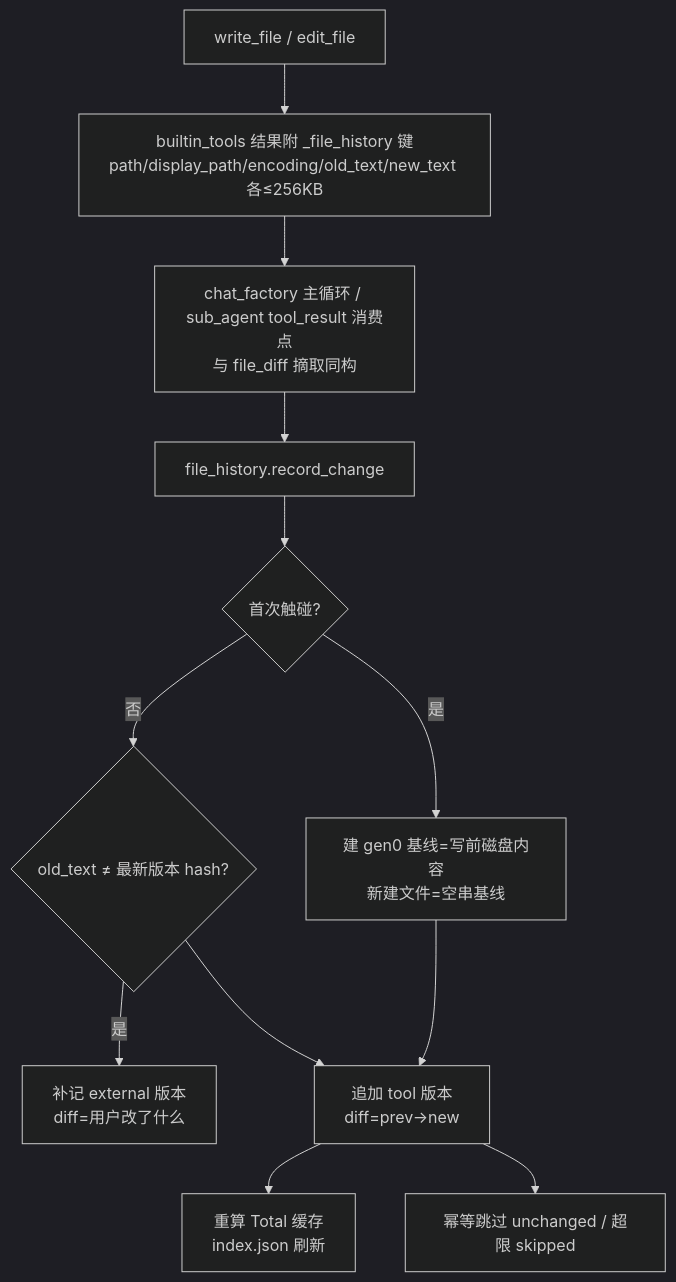
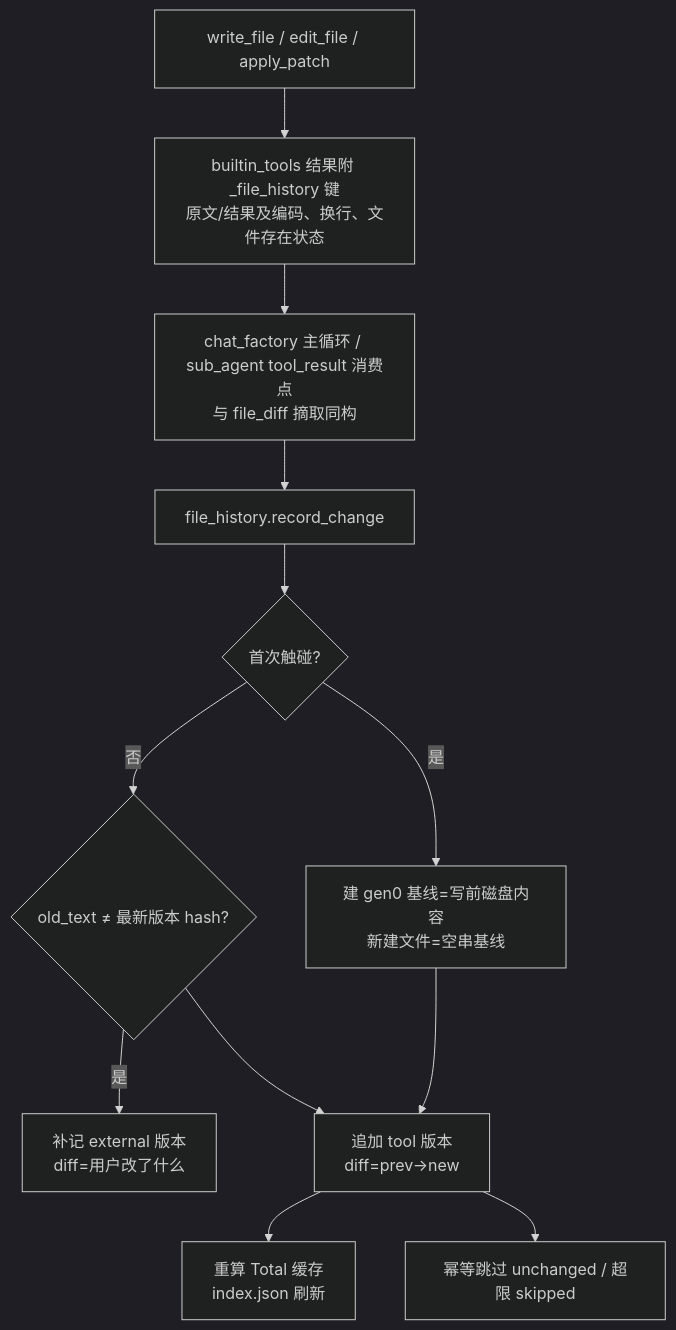
Before and after one commit to YouYuHub/Ytools: the second of 2 diagrams in docs/file_diff.md, drawn with Mermaid (dark theme). The commit also changed other lines of this file and 145 other files, not shown here.

First line of the commit message:
Sync 2026-10-23/24: terminal usability (reads/leases/interactive/PTY), apply_patch diff views, accent themes, diff editor polish, tool icons

````diff
--- a/docs/file_diff.md
+++ b/docs/file_diff.md
@@ -282,13 +288,13 @@
 ```mermaid
 graph TD
-    A[write_file / edit_file] --> B[builtin_tools 结果附 _file_history 键<br/>path/display_path/encoding/old_text/new_text 各≤256KB]
+    A[write_file / edit_file / apply_patch] --> B[builtin_tools 结果附 _file_history 键<br/>原文/结果及编码、换行、文件存在状态]
     B --> C[chat_factory 主循环 / sub_agent tool_result 消费点<br/>与 file_diff 摘取同构]
     C --> D[file_history.record_change]
     D --> E{首次触碰?}
     E -->|是| F[建 gen0 基线=写前磁盘内容<br/>新建文件=空串基线]
     E -->|否| G{old_text ≠ 最新版本 hash?}
     G -->|是| H[补记 external 版本<br/>diff=用户改了什么]
     F & G --> I[追加 tool 版本<br/>diff=prev→new]
     I --> J[重算 Total 缓存<br/>index.json 刷新]
     I --> K[幂等跳过 unchanged / 超限 skipped]
 ```
````
